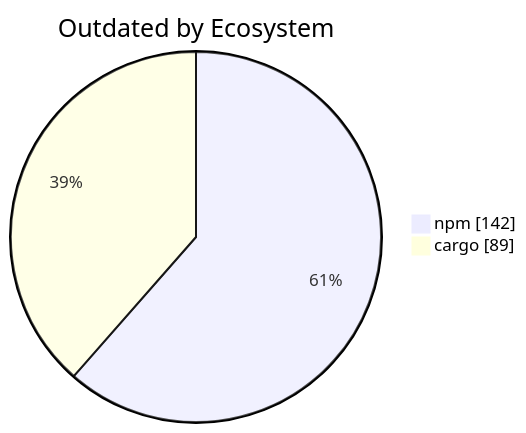
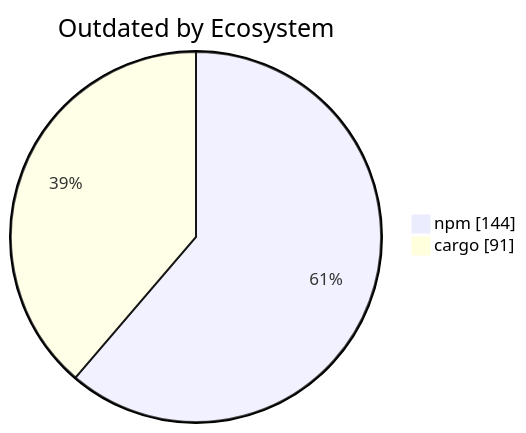
Before and after one commit to KBVE/kbve: the diagram in apps/kbve/astro-kbve/src/content/docs/dashboard/deps.mdx, drawn with Mermaid. The commit also changed other lines of this file and 1 other file, not shown here.

````diff
--- a/apps/kbve/astro-kbve/src/content/docs/dashboard/deps.mdx
+++ b/apps/kbve/astro-kbve/src/content/docs/dashboard/deps.mdx
@@ -109,6 +109,6 @@
 ```mermaid
 pie showData
     title Outdated by Ecosystem
-    "npm" : 142
-    "cargo" : 89
+    "npm" : 144
+    "cargo" : 91
 ```
````
